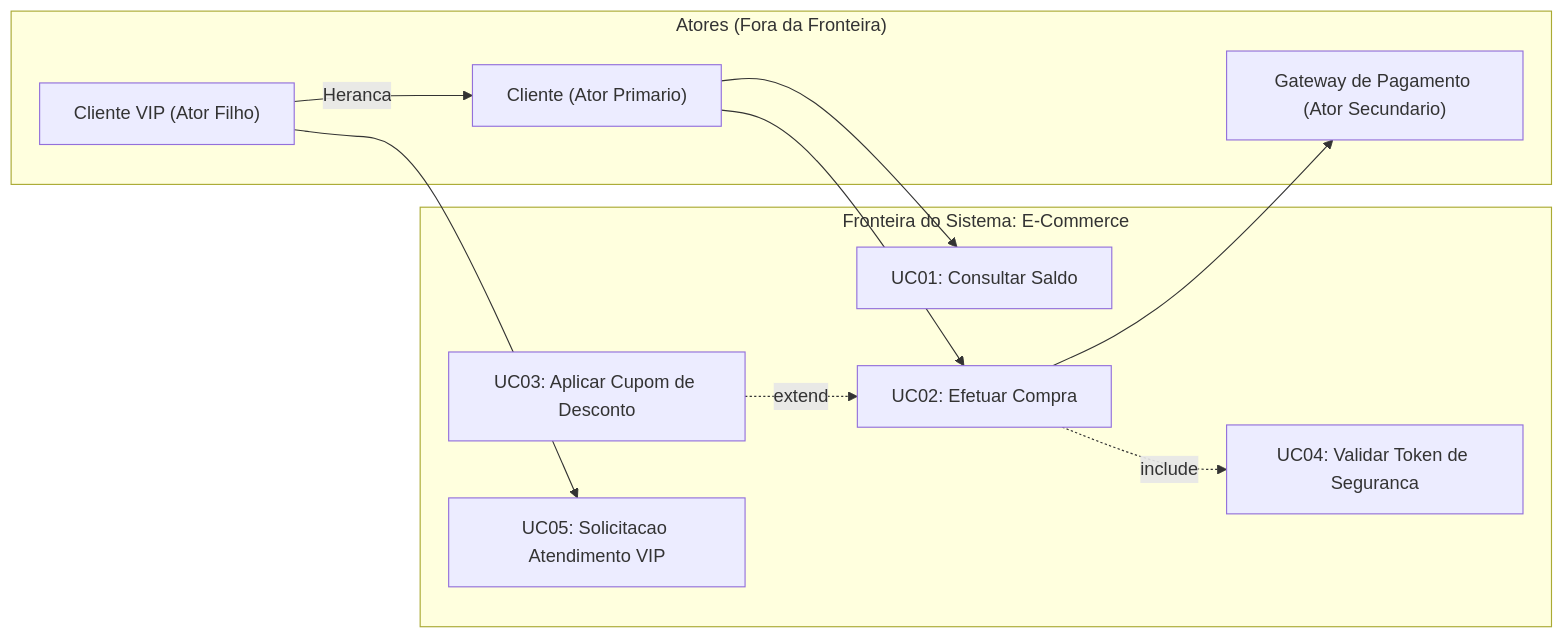
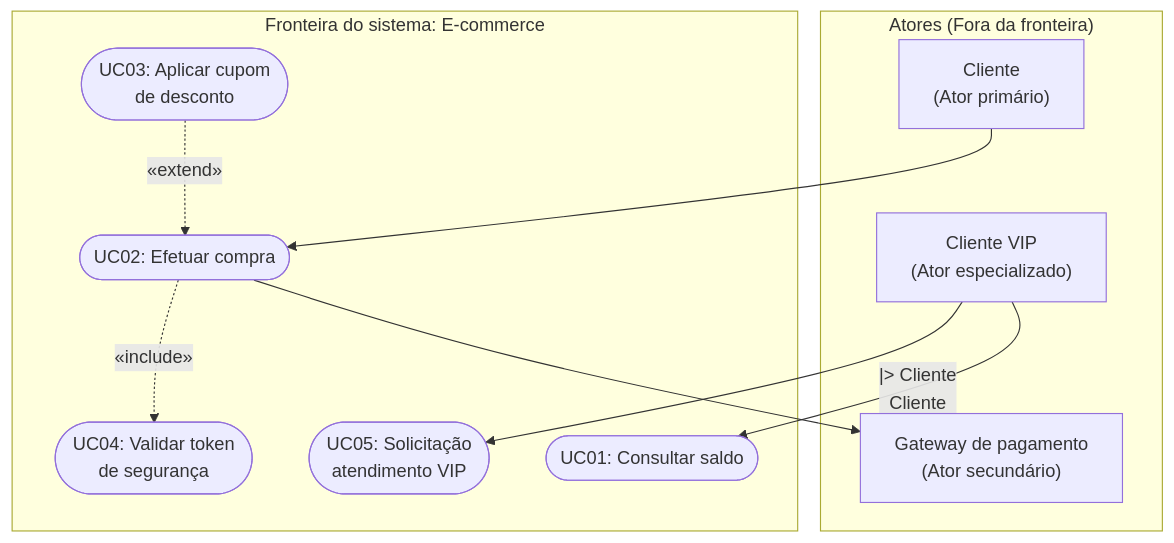
Before and after one commit to leorruas/puc: the second of 11 diagrams in 07. Engenharia de Requisitos/08. Modelagem de requisitos com casos de uso e especificações textuais.md, drawn with Mermaid. The commit also changed other lines of this file, not shown here.

Commit message:
style: alinha diagramas mermaid da aula de casos de uso com regras verticais

````diff
--- a/07. Engenharia de Requisitos/08. Modelagem de requisitos com casos de uso e especificações textuais.md
+++ b/07. Engenharia de Requisitos/08. Modelagem de requisitos com casos de uso e especificações textuais.md
@@ -79,24 +77,24 @@
 ```mermaid
-graph LR
- subgraph Atores["Atores (Fora da Fronteira)"]
- Cliente["Cliente (Ator Primario)"]
- ClienteVIP["Cliente VIP (Ator Filho)"]
- Gateway["Gateway de Pagamento (Ator Secundario)"]
- end
+flowchart TD
+    subgraph Atores["Atores (Fora da fronteira)"]
+        Cliente["Cliente<br>(Ator primário)"]
+        ClienteVIP["Cliente VIP<br>(Ator especializado)"]
+        Gateway["Gateway de pagamento<br>(Ator secundário)"]
+    end
 
- subgraph Sistema["Fronteira do Sistema: E-Commerce"]
- UC01["UC01: Consultar Saldo"]
- UC02["UC02: Efetuar Compra"]
- UC03["UC03: Aplicar Cupom de Desconto"]
- UC04["UC04: Validar Token de Seguranca"]
- UC05["UC05: Solicitacao Atendimento VIP"]
- end
+    subgraph Sistema["Fronteira do sistema: E-commerce"]
+        UC01(["UC01: Consultar saldo"])
+        UC02(["UC02: Efetuar compra"])
+        UC03(["UC03: Aplicar cupom<br>de desconto"])
+        UC04(["UC04: Validar token<br>de segurança"])
+        UC05(["UC05: Solicitação<br>atendimento VIP"])
+    end
 
- ClienteVIP -->|Heranca| Cliente
- Cliente --> UC01
- Cliente --> UC02
- ClienteVIP --> UC05
- UC02 --> Gateway
- UC03 -.->|extend| UC02
- UC02 -.->|include| UC04
+    ClienteVIP --|> Cliente
+    Cliente --> UC01
+    Cliente --> UC02
+    ClienteVIP --> UC05
+    UC02 --> Gateway
+    UC03 -.->|"«extend»"| UC02
+    UC02 -.->|"«include»"| UC04
 ```
````
